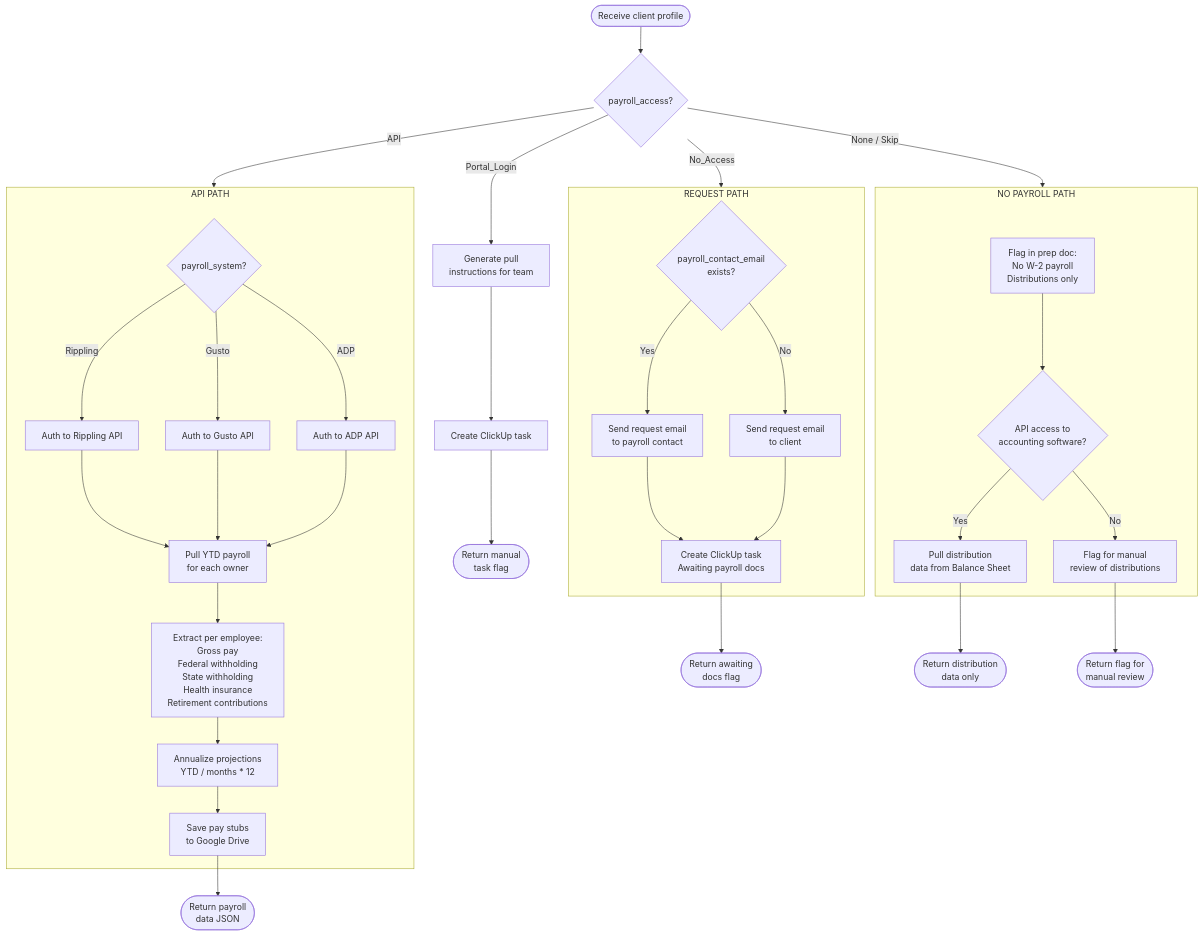
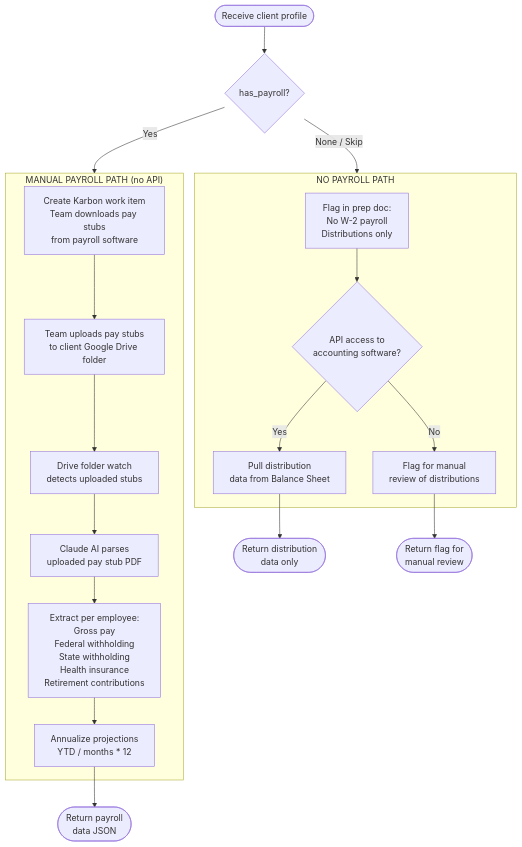
One commit to dkinvestments-art/n8n changed the seventh of 20 diagrams in docs/quarterly-meeting-automation/05-Comprehensive-Workflow-Documentation.md. Above: the diagram before and after it, drawn with Mermaid. The commit also changed other lines of this file, not shown here.

First line of the commit message:
docs: Apply payroll-manual and Karbon task changes to workflow doc

````diff
--- a/docs/quarterly-meeting-automation/05-Comprehensive-Workflow-Documentation.md
+++ b/docs/quarterly-meeting-automation/05-Comprehensive-Workflow-Documentation.md
@@ -400,50 +409,28 @@
 ```mermaid
 flowchart TD
-    IN([Receive client profile]) --> CHECK{payroll_access?}
+    IN([Receive client profile]) --> CHECK{has_payroll?}
 
-    CHECK -->|API| API_PATH
+    CHECK -->|Yes| MANUAL_PATH
 
-    subgraph API_PATH["API PATH"]
-        PS{payroll_system?}
-        PS -->|Rippling| RIP[Auth to Rippling API]
-        PS -->|Gusto| GUS[Auth to Gusto API]
-        PS -->|ADP| ADP_A[Auth to ADP API]
-
-        RIP --> PULL[Pull YTD payroll<br/>for each owner]
-        GUS --> PULL
-        ADP_A --> PULL
-
-        PULL --> EXTRACT[Extract per employee:<br/>Gross pay<br/>Federal withholding<br/>State withholding<br/>Health insurance<br/>Retirement contributions]
-
+    subgraph MANUAL_PATH["MANUAL PAYROLL PATH (no API)"]
+        TASK1[Create Karbon work item<br/>Team downloads pay stubs<br/>from payroll software]
+        TASK1 --> UPLOAD[Team uploads pay stubs<br/>to client Google Drive folder]
+        UPLOAD --> WATCH[Drive folder watch<br/>detects uploaded stubs]
+        WATCH --> PARSE[Claude AI parses<br/>uploaded pay stub PDF]
+        PARSE --> EXTRACT[Extract per employee:<br/>Gross pay<br/>Federal withholding<br/>State withholding<br/>Health insurance<br/>Retirement contributions]
         EXTRACT --> ANNUALIZE[Annualize projections<br/>YTD / months * 12]
-        ANNUALIZE --> SAVE[Save pay stubs<br/>to Google Drive]
-    end
-
-    CHECK -->|Portal_Login| MANUAL[Generate pull<br/>instructions for team]
-    MANUAL --> TASK1[Create ClickUp task]
-
-    CHECK -->|No_Access| REQ
-
-    subgraph REQ["REQUEST PATH"]
-        HAS_CONTACT{payroll_contact_email<br/>exists?}
-        HAS_CONTACT -->|Yes| CONTACT[Send request email<br/>to payroll contact]
-        HAS_CONTACT -->|No| CLIENT[Send request email<br/>to client]
-        CONTACT --> TASK2[Create ClickUp task<br/>Awaiting payroll docs]
-        CLIENT --> TASK2
     end
 
     CHECK -->|None / Skip| NODIST
 
     subgraph NODIST["NO PAYROLL PATH"]
         FLAG[Flag in prep doc:<br/>No W-2 payroll<br/>Distributions only]
         FLAG --> DIST{API access to<br/>accounting software?}
         DIST -->|Yes| PULL_DIST[Pull distribution<br/>data from Balance Sheet]
         DIST -->|No| MANUAL_DIST[Flag for manual<br/>review of distributions]
     end
 
-    SAVE --> OUT([Return payroll<br/>data JSON])
-    TASK1 --> OUT2([Return manual<br/>task flag])
-    TASK2 --> OUT3([Return awaiting<br/>docs flag])
+    ANNUALIZE --> OUT([Return payroll<br/>data JSON])
     PULL_DIST --> OUT4([Return distribution<br/>data only])
     MANUAL_DIST --> OUT5([Return flag for<br/>manual review])
 ```
````
